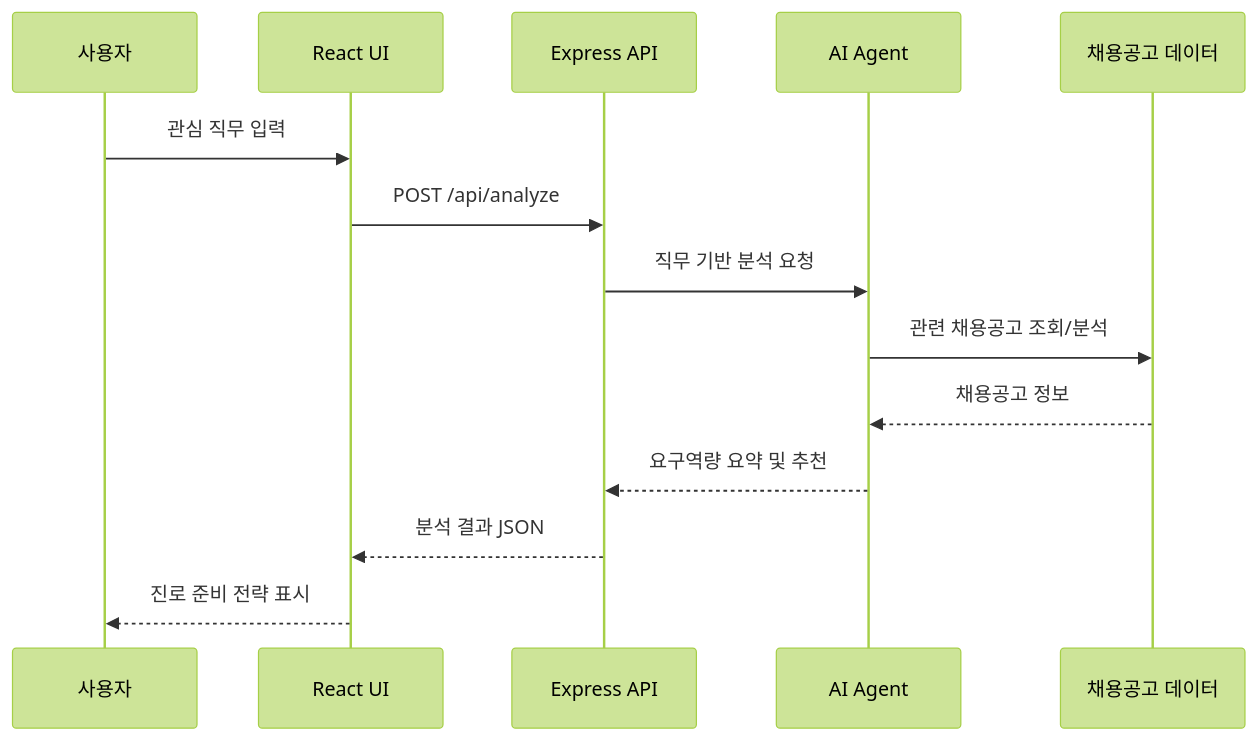
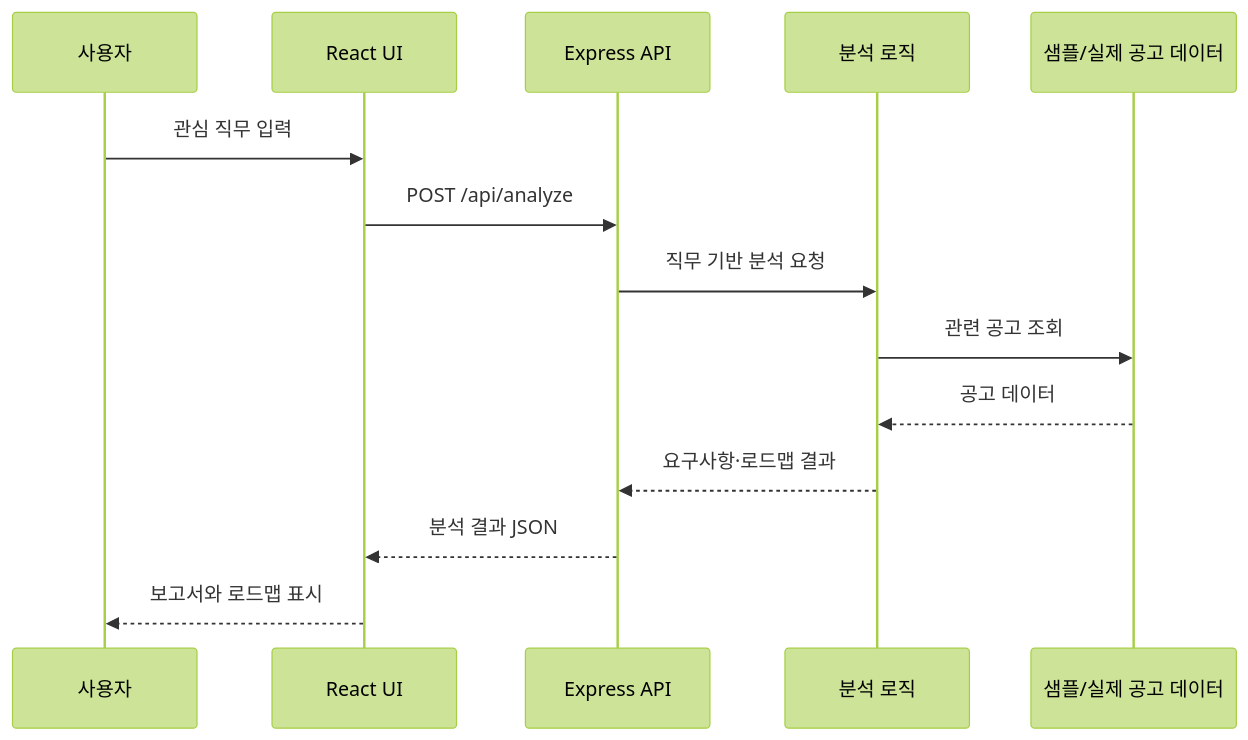
One commit to Mureung1/hub-showcase changed the third of 3 diagrams in docs/architecture.md. Above: the diagram before and after it, drawn with Mermaid (forest theme). The commit also changed other lines of this file and 6 other files, not shown here.

````diff
--- a/docs/architecture.md
+++ b/docs/architecture.md
@@ -60,17 +53,17 @@
 ```mermaid
 sequenceDiagram
     participant User as 사용자
     participant UI as React UI
     participant API as Express API
-    participant Agent as AI Agent
-    participant Data as 채용공고 데이터
+    participant Logic as 분석 로직
+    participant Data as 샘플/실제 공고 데이터
 
     User->>UI: 관심 직무 입력
     UI->>API: POST /api/analyze
-    API->>Agent: 직무 기반 분석 요청
-    Agent->>Data: 관련 채용공고 조회/분석
-    Data-->>Agent: 채용공고 정보
-    Agent-->>API: 요구역량 요약 및 추천
+    API->>Logic: 직무 기반 분석 요청
+    Logic->>Data: 관련 공고 조회
+    Data-->>Logic: 공고 데이터
+    Logic-->>API: 요구사항·로드맵 결과
     API-->>UI: 분석 결과 JSON
-    UI-->>User: 진로 준비 전략 표시
+    UI-->>User: 보고서와 로드맵 표시
 ```
````
